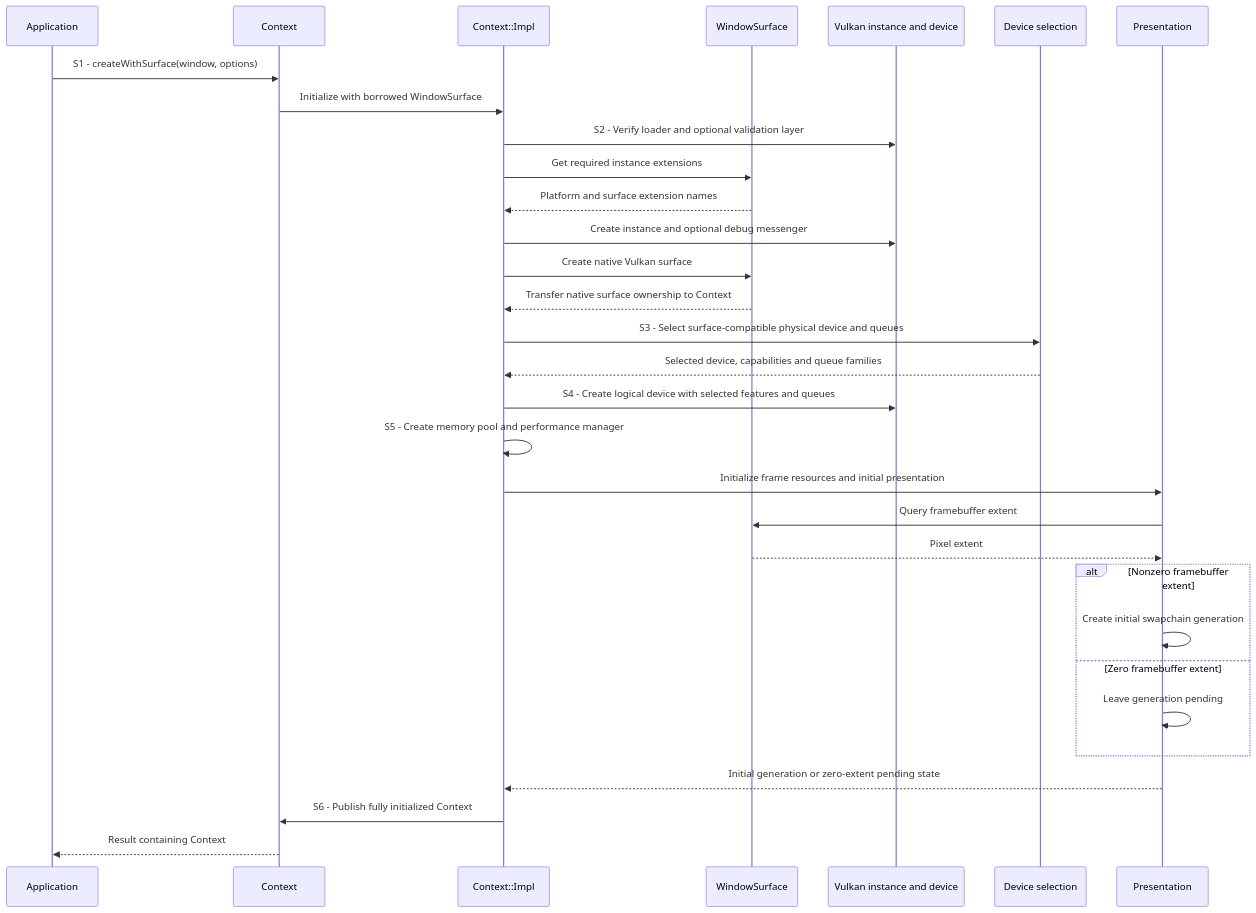
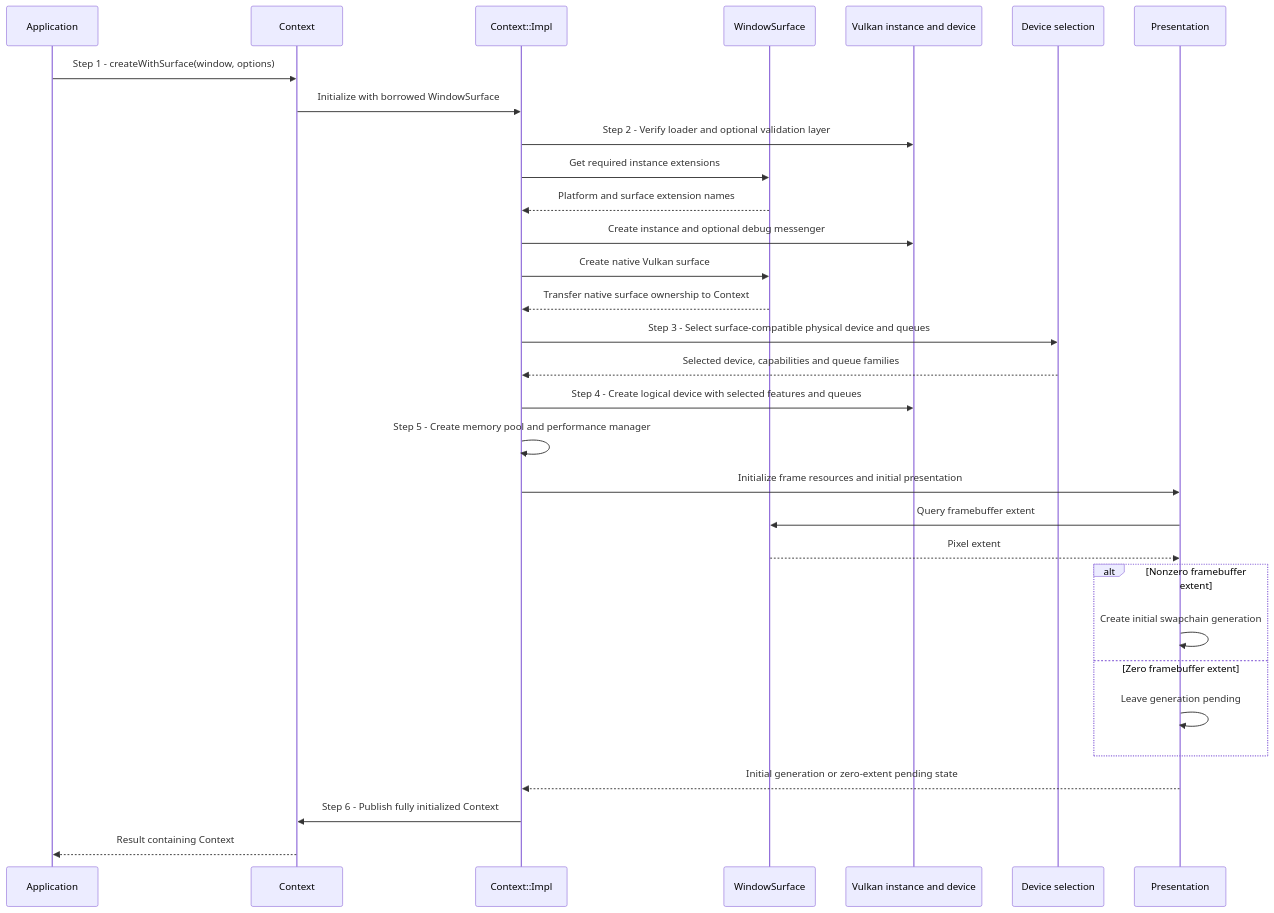
The second of 3 diagrams in docs/use-cases/create-context.md (a-soltysik/Panda), drawn with Mermaid before and after one commit. The commit also changed other lines of this file and 8 other files, not shown here.

````diff
--- a/docs/use-cases/create-context.md
+++ b/docs/use-cases/create-context.md
@@ -85,33 +74,33 @@
 ```mermaid
 sequenceDiagram
     participant A as Application
     participant C as Context
     participant I as Context::Impl
     participant W as WindowSurface
     participant V as Vulkan instance and device
     participant D as Device selection
     participant P as Presentation
-    A->>C: S1 - createWithSurface(window, options)
+    A->>C: Step 1 - createWithSurface(window, options)
     C->>I: Initialize with borrowed WindowSurface
-    I->>V: S2 - Verify loader and optional validation layer
+    I->>V: Step 2 - Verify loader and optional validation layer
     I->>W: Get required instance extensions
     W-->>I: Platform and surface extension names
     I->>V: Create instance and optional debug messenger
     I->>W: Create native Vulkan surface
     W-->>I: Transfer native surface ownership to Context
-    I->>D: S3 - Select surface-compatible physical device and queues
+    I->>D: Step 3 - Select surface-compatible physical device and queues
     D-->>I: Selected device, capabilities and queue families
-    I->>V: S4 - Create logical device with selected features and queues
-    I->>I: S5 - Create memory pool and performance manager
+    I->>V: Step 4 - Create logical device with selected features and queues
+    I->>I: Step 5 - Create memory pool and performance manager
     I->>P: Initialize frame resources and initial presentation
     P->>W: Query framebuffer extent
     W-->>P: Pixel extent
     alt Nonzero framebuffer extent
         P->>P: Create initial swapchain generation
     else Zero framebuffer extent
         P->>P: Leave generation pending
     end
     P-->>I: Initial generation or zero-extent pending state
-    I->>C: S6 - Publish fully initialized Context
+    I->>C: Step 6 - Publish fully initialized Context
     C-->>A: Result containing Context
 ```
````
